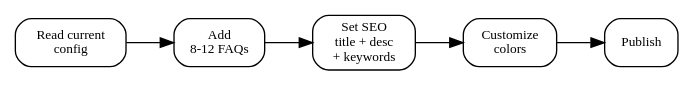
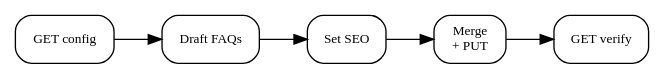
One commit to Cleo-Labs-IA/skills_library changed the diagram in skills/trust-center/SKILL.md. Above: the diagram before and after it, drawn with Graphviz. The commit also changed other lines of this file and 14 other files, not shown here.

````diff
--- a/skills/trust-center/SKILL.md
+++ b/skills/trust-center/SKILL.md
@@ -19,11 +19,11 @@
 ```dot
 digraph setup {
   rankdir=LR; node [shape=box style=rounded fontsize=10];
-  read [label="Read current\nconfig"];
-  faq [label="Add\n8-12 FAQs"];
-  seo [label="Set SEO\ntitle + desc\n+ keywords"];
-  style [label="Customize\ncolors"];
-  publish [label="Publish"];
-  read -> faq -> seo -> style -> publish;
+  get [label="GET config"];
+  faq [label="Draft FAQs"];
+  seo [label="Set SEO"];
+  merge [label="Merge\n+ PUT"];
+  verify [label="GET verify"];
+  get -> faq -> seo -> merge -> verify;
 }
 ```
````
